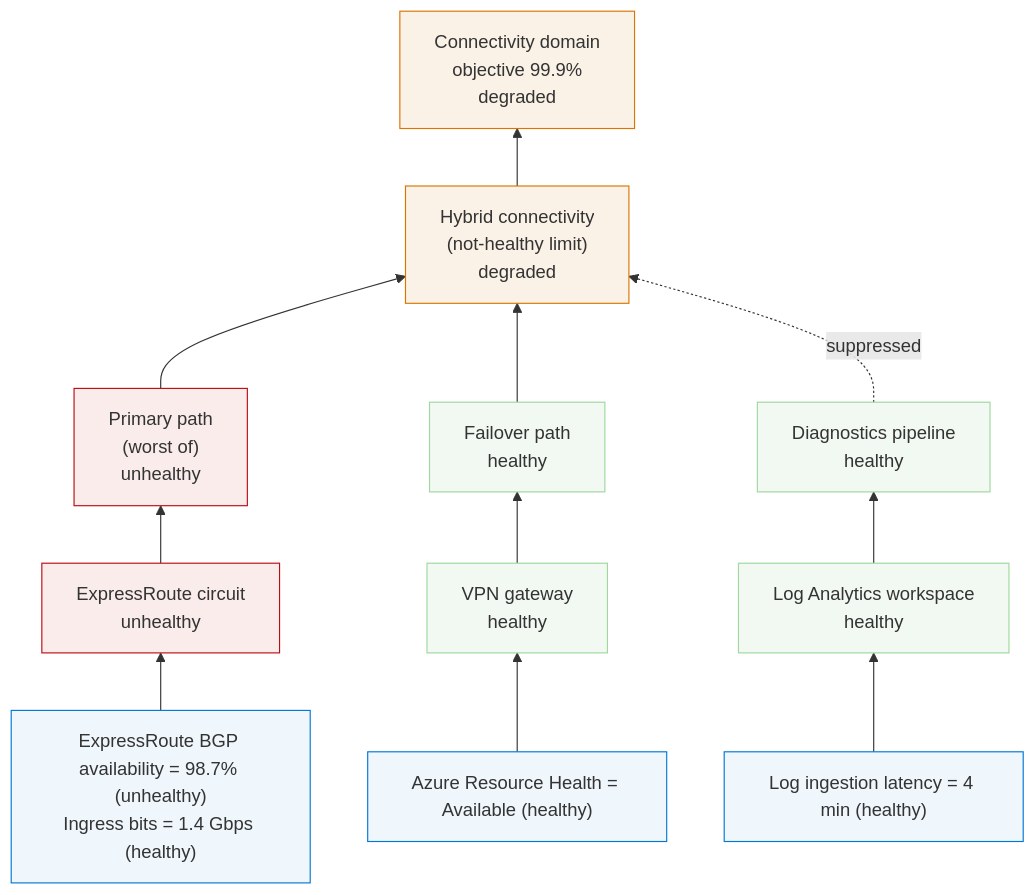
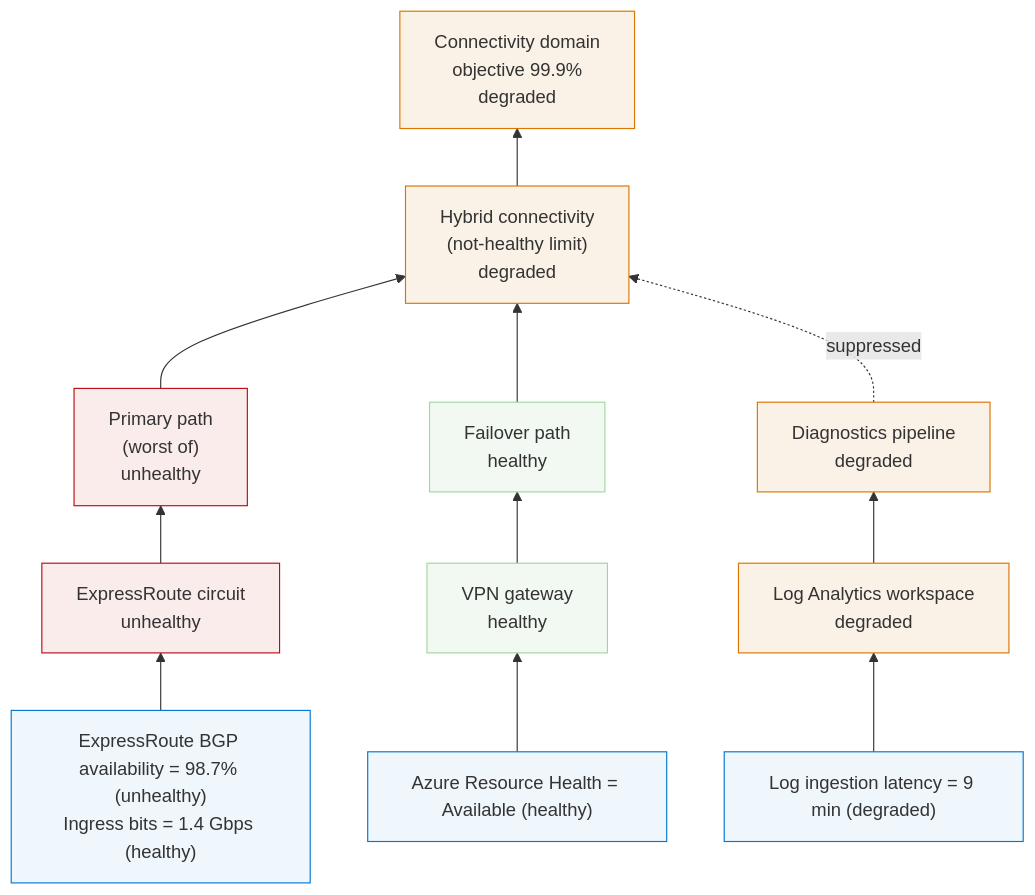
Before and after one commit to abossard/azure-monitor-baseline-alerts: the first of 8 diagrams in docs/diagram-sources/health-models.md, drawn with Mermaid. The commit also changed other lines of this file and 8 other files, not shown here.

````diff
--- a/docs/diagram-sources/health-models.md
+++ b/docs/diagram-sources/health-models.md
@@ -43,26 +43,26 @@
 ```mermaid swimlane title="AMBA alerts become health model signals" subtitle="Signals set entity health, entities roll up, only the root carries the objective"
-%%| lanes: ["Domain root", "Landing zone flows", "System flows", "Azure resources and their signals"]
+%%| lanes: ["Domain root", "Domain flows", "System flows", "Azure resources and their signals"]
 flowchart BT
     erSig["ExpressRoute BGP availability = 98.7% (unhealthy)<br/>Ingress bits = 1.4 Gbps (healthy)"] --> er["ExpressRoute circuit<br/>unhealthy"]
     vpnSig["Azure Resource Health = Available (healthy)"] --> vpn["VPN gateway<br/>healthy"]
-    lawSig["Log ingestion latency = 4 min (healthy)"] --> law["Log Analytics workspace<br/>healthy"]
+    lawSig["Log ingestion latency = 9 min (degraded)"] --> law["Log Analytics workspace<br/>degraded"]
 
     er --> primary["Primary path<br/>(worst of)<br/>unhealthy"]
     vpn --> backup["Failover path<br/>healthy"]
-    law --> diag["Diagnostics pipeline<br/>healthy"]
+    law --> diag["Diagnostics pipeline<br/>degraded"]
 
     primary --> flow["Hybrid connectivity<br/>(not-healthy limit)<br/>degraded"]
     backup --> flow
     diag -. "suppressed" .-> flow
 
     flow --> root["Connectivity domain<br/>objective 99.9%<br/>degraded"]
 
     classDef blue fill:#eff6fc,stroke:#0078D4;
     classDef green fill:#f2f8f2,stroke:#a0d8a0;
     classDef amber fill:#fbf2e7,stroke:#db7500;
     classDef red fill:#faeceb,stroke:#ba0d16;
     class erSig,vpnSig,lawSig blue;
-    class vpn,backup,law,diag green;
-    class flow,root amber;
+    class vpn,backup green;
+    class law,diag,flow,root amber;
     class er,primary red;
 ```
````
